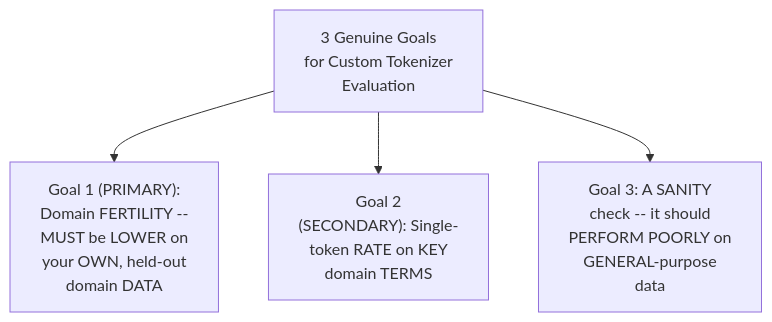
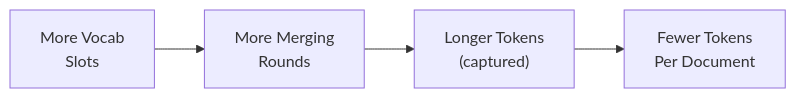
One commit to sanjeevpalla/Notes changed the ninth of 27 diagrams in LLM Production AI Engineering/1. AI Foundations/2. Tokenization/4. Resolving the Vocabulary-Size Conflict.md. Above: the diagram before and after it, drawn with Mermaid. The commit also changed other lines of this file and 7 other files, not shown here.

````diff
--- a/LLM Production AI Engineering/1. AI Foundations/2. Tokenization/4. Resolving the Vocabulary-Size Conflict.md
+++ b/LLM Production AI Engineering/1. AI Foundations/2. Tokenization/4. Resolving the Vocabulary-Size Conflict.md
@@ -278,6 +214,6 @@
 ```mermaid
-flowchart TD
-    A["3 Genuine Goals<br/>for Custom Tokenizer<br/>Evaluation"] --> B["Goal 1 (PRIMARY):<br/>Domain FERTILITY --<br/>MUST be LOWER on<br/>your OWN, held-out<br/>domain DATA"]
-    A --> C["Goal 2<br/>(SECONDARY): Single-<br/>token RATE on KEY<br/>domain TERMS"]
-    A --> D["Goal 3: A SANITY<br/>check -- it should<br/>PERFORM POORLY on<br/>GENERAL-purpose<br/>data"]
+flowchart LR
+    A["More Vocab<br/>Slots"] --> B["More Merging<br/>Rounds"]
+    B --> C["Longer Tokens<br/>(captured)"]
+    C --> D["Fewer Tokens<br/>Per Document"]
 ```
````
